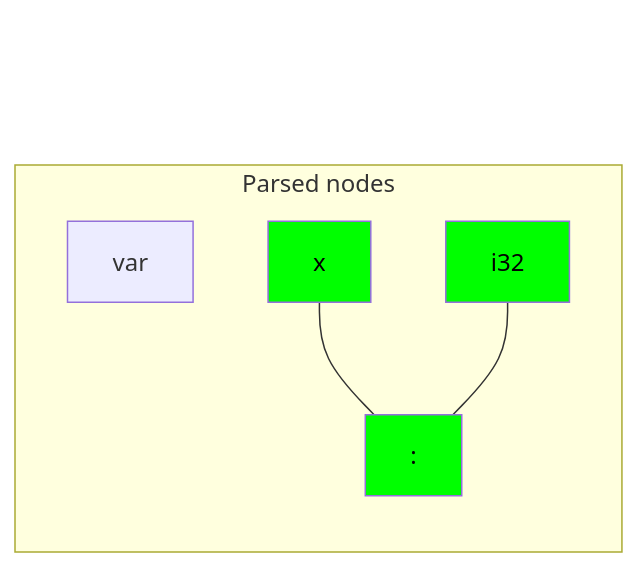
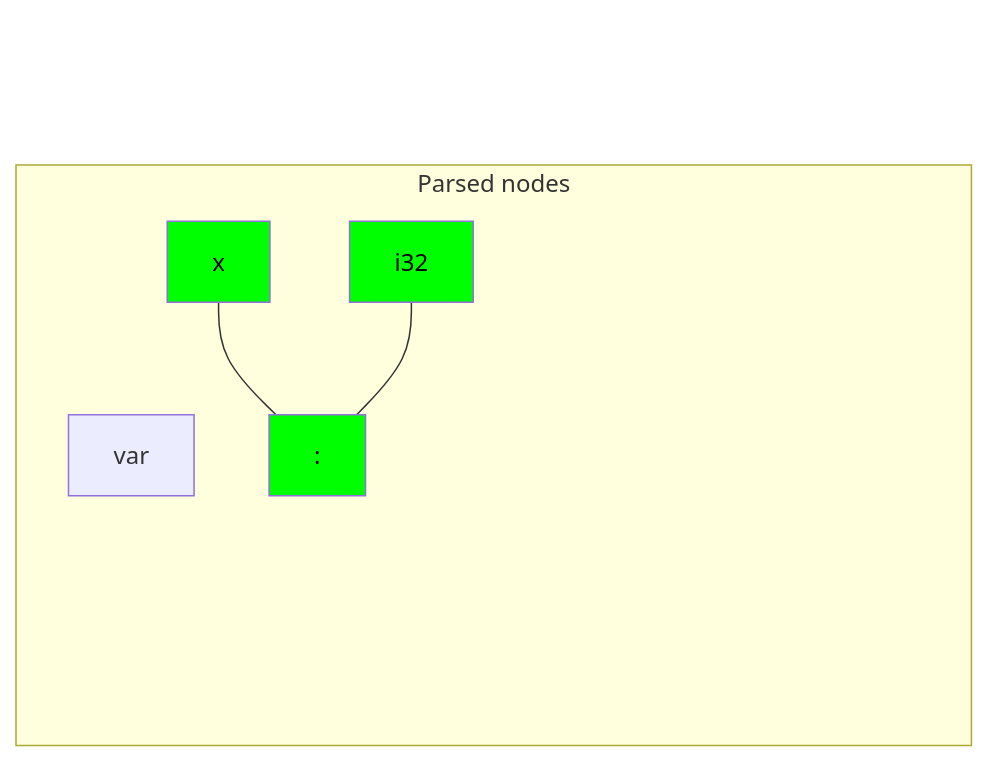
One commit to carbon-language/carbon-lang changed the fifth of 14 diagrams in toolchain/docs/parse.md. Above: the diagram before and after it, drawn with Mermaid. The commit also changed other lines of this file, not shown here.

````diff
--- a/toolchain/docs/parse.md
+++ b/toolchain/docs/parse.md
@@ -254,18 +270,29 @@
 ```mermaid
 flowchart BT
     root:::hidden
     subgraph nodes["Parsed nodes"]
         direction BT
         node1[var]
         node2[x]:::moved
         node3[:]:::moved
         node4[i32]:::moved
+        node5[=]:::pending
+        node6[y]:::pending
+        node7[+]:::pending
+        node8[1]:::pending
+        node9[;]:::pending
     end
 
+    classDef pending visibility:hidden
+    classDef moved fill:#0F0,color:#000
     classDef hidden visibility:hidden,display:none
-    classDef moved fill:#0F0,color:#000
 
     node1 ~~~~ root
     node3 --- node2 & node4
     node3 ~~~ root
+    node5 ~~~~ root
+    node7 ~~~ node6 & node8
+    node7 ~~~ root
+    node9 ~~~ node1 & node3 & node5 & node7
+    node9 ~~~ root
 ```
````
